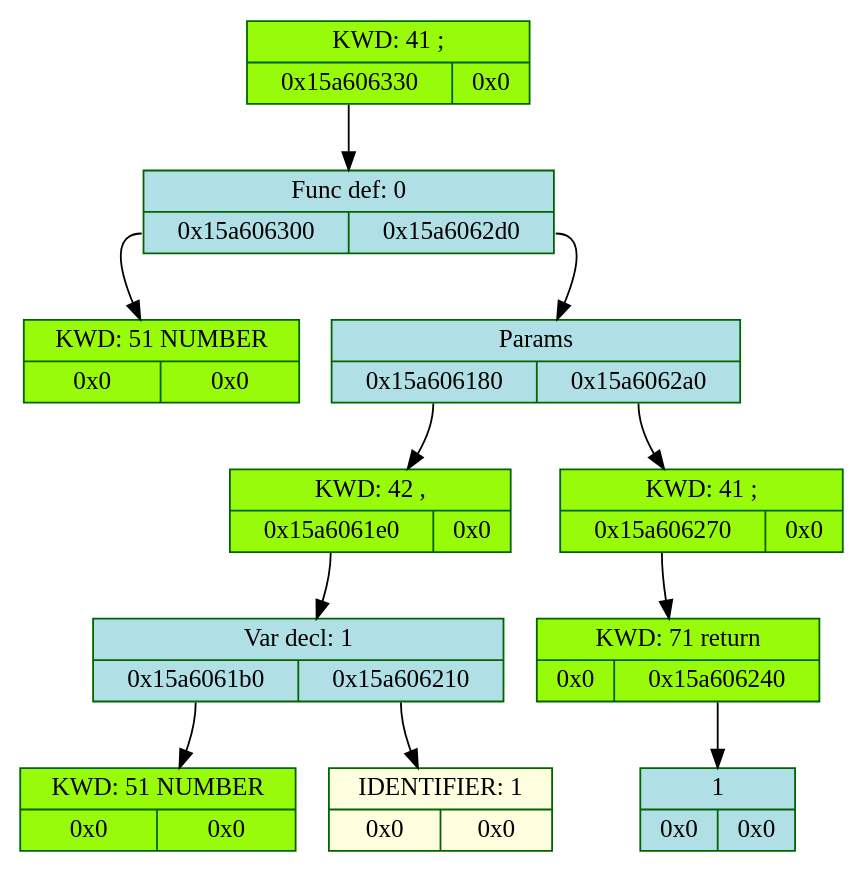
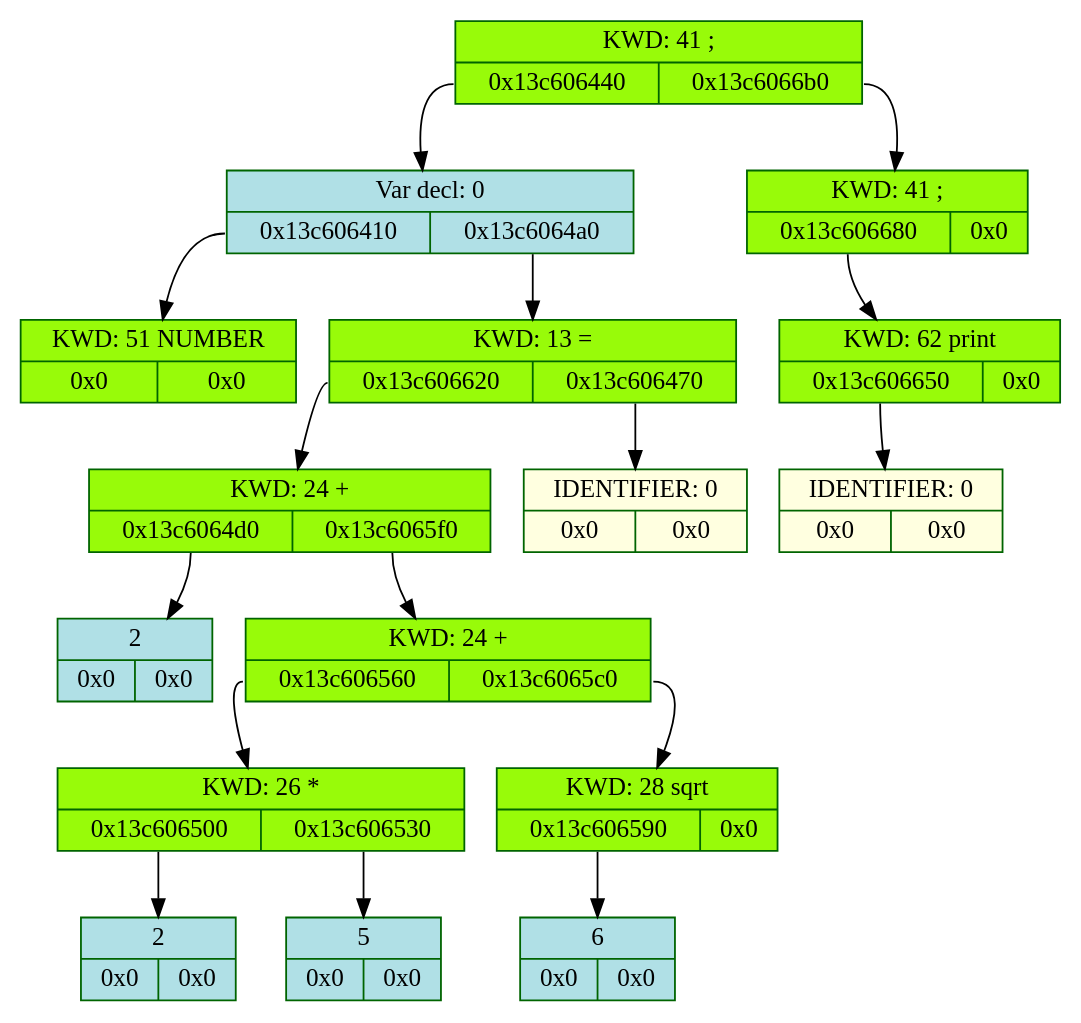
One commit to whiterno/my_lang changed the diagram in frontend/log/dump.dot. Above: the diagram before and after it, drawn with Graphviz. The commit also changed 22 other files, not shown here.

```diff
--- a/frontend/log/dump.dot
+++ b/frontend/log/dump.dot
@@ -1,25 +1,35 @@
 digraph D{
 	rankdir = TB
 
-	node_5811233632 [color = "darkgreen", style = "filled", shape = "record", fillcolor = "#98FB9" label = "{KWD: 41 ;  | {<fl5811233632> 0x15a606330 | <fr5811233632> 0x0}}"]
-	node_5811233632: <fl5811233632> -> node_5811233584 [color = "black", arrowhead = "normal", label = ""]
-	node_5811233584 [color = "darkgreen", style = "filled", shape = "record", fillcolor = "#B0E0E6" label = "{Func def: 0  | {<fl5811233584> 0x15a606300 | <fr5811233584> 0x15a6062d0}}"]
-	node_5811233584: <fl5811233584> -> node_5811233536 [color = "black", arrowhead = "normal", label = ""]
-	node_5811233536 [color = "darkgreen", style = "filled", shape = "record", fillcolor = "#98FB9" label = "{KWD: 51 NUMBER  | {<fl5811233536> 0x0 | <fr5811233536> 0x0}}"]
-	node_5811233584: <fr5811233584> -> node_5811233488 [color = "black", arrowhead = "normal", label = ""]
-	node_5811233488 [color = "darkgreen", style = "filled", shape = "record", fillcolor = "#B0E0E6" label = "{Params  | {<fl5811233488> 0x15a606180 | <fr5811233488> 0x15a6062a0}}"]
-	node_5811233488: <fl5811233488> -> node_5811233152 [color = "black", arrowhead = "normal", label = ""]
-	node_5811233152 [color = "darkgreen", style = "filled", shape = "record", fillcolor = "#98FB9" label = "{KWD: 42 ,  | {<fl5811233152> 0x15a6061e0 | <fr5811233152> 0x0}}"]
-	node_5811233152: <fl5811233152> -> node_5811233248 [color = "black", arrowhead = "normal", label = ""]
-	node_5811233248 [color = "darkgreen", style = "filled", shape = "record", fillcolor = "#B0E0E6" label = "{Var decl: 1 | {<fl5811233248> 0x15a6061b0 | <fr5811233248> 0x15a606210}}"]
-	node_5811233248: <fl5811233248> -> node_5811233200 [color = "black", arrowhead = "normal", label = ""]
-	node_5811233200 [color = "darkgreen", style = "filled", shape = "record", fillcolor = "#98FB9" label = "{KWD: 51 NUMBER  | {<fl5811233200> 0x0 | <fr5811233200> 0x0}}"]
-	node_5811233248: <fr5811233248> -> node_5811233296 [color = "black", arrowhead = "normal", label = ""]
-	node_5811233296 [color = "darkgreen", style = "filled", shape = "record", fillcolor = "#FFFFE0" label = "{IDENTIFIER: 1 | {<fl5811233296> 0x0 | <fr5811233296> 0x0}}"]
-	node_5811233488: <fr5811233488> -> node_5811233440 [color = "black", arrowhead = "normal", label = ""]
-	node_5811233440 [color = "darkgreen", style = "filled", shape = "record", fillcolor = "#98FB9" label = "{KWD: 41 ;  | {<fl5811233440> 0x15a606270 | <fr5811233440> 0x0}}"]
-	node_5811233440: <fl5811233440> -> node_5811233392 [color = "black", arrowhead = "normal", label = ""]
-	node_5811233392 [color = "darkgreen", style = "filled", shape = "record", fillcolor = "#98FB9" label = "{KWD: 71 return  | {<fl5811233392> 0x0 | <fr5811233392> 0x15a606240}}"]
-	node_5811233392: <fr5811233392> -> node_5811233344 [color = "black", arrowhead = "normal", label = ""]
-	node_5811233344 [color = "darkgreen", style = "filled", shape = "record", fillcolor = "#B0E0E6" label = "{1  | {<fl5811233344> 0x0 | <fr5811233344> 0x0}}"]
+	node_5307918048 [color = "darkgreen", style = "filled", shape = "record", fillcolor = "#98FB9" label = "{KWD: 41 ;  | {<fl5307918048> 0x13c606440 | <fr5307918048> 0x13c6066b0}}"]
+	node_5307918048: <fl5307918048> -> node_5307917376 [color = "black", arrowhead = "normal", label = ""]
+	node_5307917376 [color = "darkgreen", style = "filled", shape = "record", fillcolor = "#B0E0E6" label = "{Var decl: 0 | {<fl5307917376> 0x13c606410 | <fr5307917376> 0x13c6064a0}}"]
+	node_5307917376: <fl5307917376> -> node_5307917328 [color = "black", arrowhead = "normal", label = ""]
+	node_5307917328 [color = "darkgreen", style = "filled", shape = "record", fillcolor = "#98FB9" label = "{KWD: 51 NUMBER  | {<fl5307917328> 0x0 | <fr5307917328> 0x0}}"]
+	node_5307917376: <fr5307917376> -> node_5307917472 [color = "black", arrowhead = "normal", label = ""]
+	node_5307917472 [color = "darkgreen", style = "filled", shape = "record", fillcolor = "#98FB9" label = "{KWD: 13 =  | {<fl5307917472> 0x13c606620 | <fr5307917472> 0x13c606470}}"]
+	node_5307917472: <fl5307917472> -> node_5307917856 [color = "black", arrowhead = "normal", label = ""]
+	node_5307917856 [color = "darkgreen", style = "filled", shape = "record", fillcolor = "#98FB9" label = "{KWD: 24 +  | {<fl5307917856> 0x13c6064d0 | <fr5307917856> 0x13c6065f0}}"]
+	node_5307917856: <fl5307917856> -> node_5307917520 [color = "black", arrowhead = "normal", label = ""]
+	node_5307917520 [color = "darkgreen", style = "filled", shape = "record", fillcolor = "#B0E0E6" label = "{2  | {<fl5307917520> 0x0 | <fr5307917520> 0x0}}"]
+	node_5307917856: <fr5307917856> -> node_5307917808 [color = "black", arrowhead = "normal", label = ""]
+	node_5307917808 [color = "darkgreen", style = "filled", shape = "record", fillcolor = "#98FB9" label = "{KWD: 24 +  | {<fl5307917808> 0x13c606560 | <fr5307917808> 0x13c6065c0}}"]
+	node_5307917808: <fl5307917808> -> node_5307917664 [color = "black", arrowhead = "normal", label = ""]
+	node_5307917664 [color = "darkgreen", style = "filled", shape = "record", fillcolor = "#98FB9" label = "{KWD: 26 *  | {<fl5307917664> 0x13c606500 | <fr5307917664> 0x13c606530}}"]
+	node_5307917664: <fl5307917664> -> node_5307917568 [color = "black", arrowhead = "normal", label = ""]
+	node_5307917568 [color = "darkgreen", style = "filled", shape = "record", fillcolor = "#B0E0E6" label = "{2  | {<fl5307917568> 0x0 | <fr5307917568> 0x0}}"]
+	node_5307917664: <fr5307917664> -> node_5307917616 [color = "black", arrowhead = "normal", label = ""]
+	node_5307917616 [color = "darkgreen", style = "filled", shape = "record", fillcolor = "#B0E0E6" label = "{5  | {<fl5307917616> 0x0 | <fr5307917616> 0x0}}"]
+	node_5307917808: <fr5307917808> -> node_5307917760 [color = "black", arrowhead = "normal", label = ""]
+	node_5307917760 [color = "darkgreen", style = "filled", shape = "record", fillcolor = "#98FB9" label = "{KWD: 28 sqrt  | {<fl5307917760> 0x13c606590 | <fr5307917760> 0x0}}"]
+	node_5307917760: <fl5307917760> -> node_5307917712 [color = "black", arrowhead = "normal", label = ""]
+	node_5307917712 [color = "darkgreen", style = "filled", shape = "record", fillcolor = "#B0E0E6" label = "{6  | {<fl5307917712> 0x0 | <fr5307917712> 0x0}}"]
+	node_5307917472: <fr5307917472> -> node_5307917424 [color = "black", arrowhead = "normal", label = ""]
+	node_5307917424 [color = "darkgreen", style = "filled", shape = "record", fillcolor = "#FFFFE0" label = "{IDENTIFIER: 0 | {<fl5307917424> 0x0 | <fr5307917424> 0x0}}"]
+	node_5307918048: <fr5307918048> -> node_5307918000 [color = "black", arrowhead = "normal", label = ""]
+	node_5307918000 [color = "darkgreen", style = "filled", shape = "record", fillcolor = "#98FB9" label = "{KWD: 41 ;  | {<fl5307918000> 0x13c606680 | <fr5307918000> 0x0}}"]
+	node_5307918000: <fl5307918000> -> node_5307917952 [color = "black", arrowhead = "normal", label = ""]
+	node_5307917952 [color = "darkgreen", style = "filled", shape = "record", fillcolor = "#98FB9" label = "{KWD: 62 print  | {<fl5307917952> 0x13c606650 | <fr5307917952> 0x0}}"]
+	node_5307917952: <fl5307917952> -> node_5307917904 [color = "black", arrowhead = "normal", label = ""]
+	node_5307917904 [color = "darkgreen", style = "filled", shape = "record", fillcolor = "#FFFFE0" label = "{IDENTIFIER: 0 | {<fl5307917904> 0x0 | <fr5307917904> 0x0}}"]
 }
```
